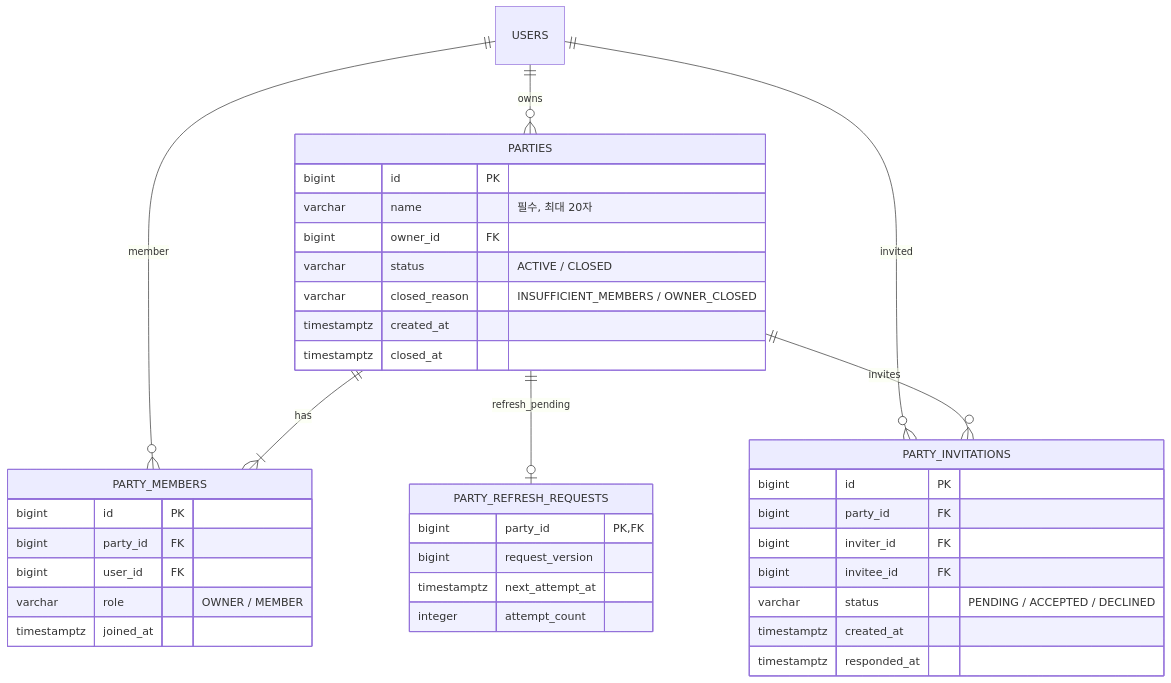
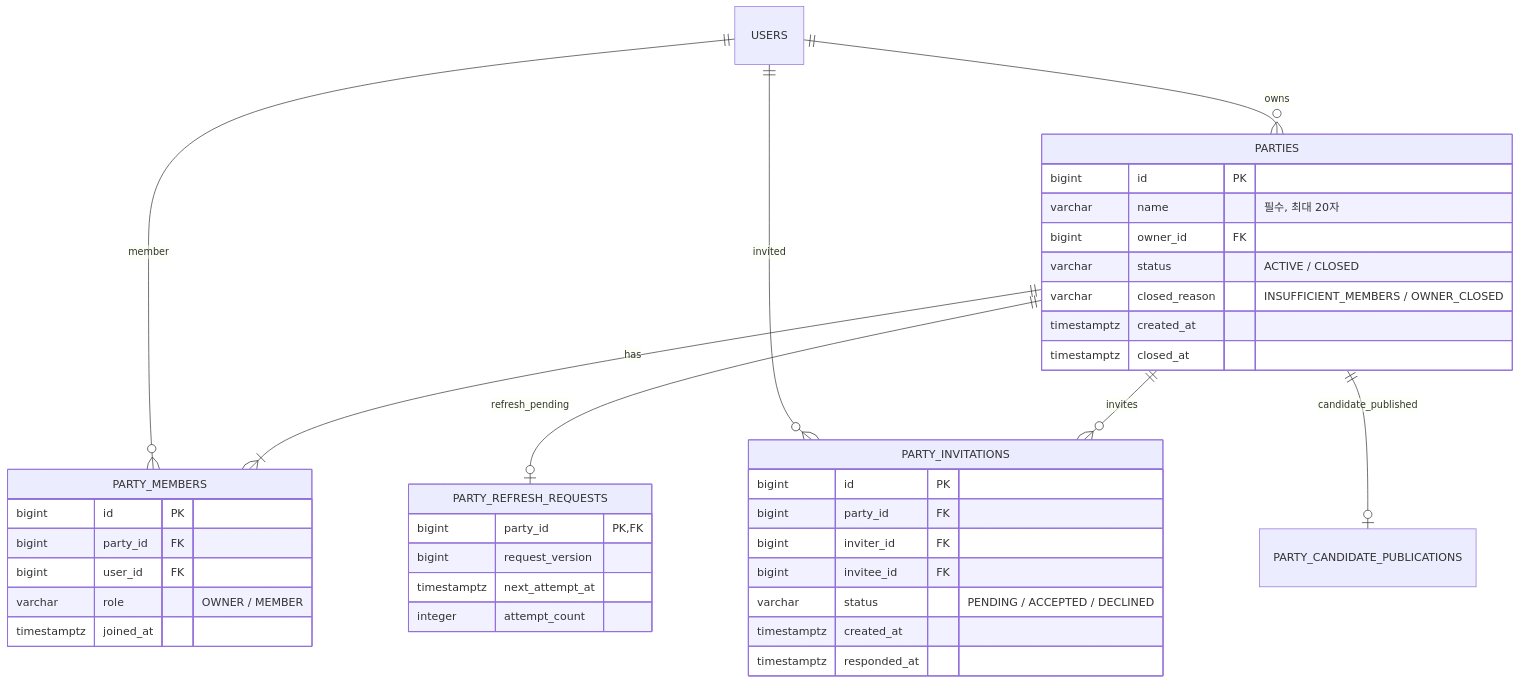
One commit to koongya-studio/feelm changed the sixth of 8 diagrams in docs/erd.md. Above: the diagram before and after it, drawn with Mermaid. The commit also changed other lines of this file and 39 other files, not shown here.

````diff
--- a/docs/erd.md
+++ b/docs/erd.md
@@ -396,41 +396,42 @@
 ```mermaid
 erDiagram
     PARTIES {
         bigint id PK
         varchar name "필수, 최대 20자"
         bigint owner_id FK
         varchar status "ACTIVE / CLOSED"
         varchar closed_reason "INSUFFICIENT_MEMBERS / OWNER_CLOSED"
         timestamptz created_at
         timestamptz closed_at
     }
     PARTY_MEMBERS {
         bigint id PK
         bigint party_id FK
         bigint user_id FK
         varchar role "OWNER / MEMBER"
         timestamptz joined_at
     }
     PARTY_INVITATIONS {
         bigint id PK
         bigint party_id FK
         bigint inviter_id FK
         bigint invitee_id FK
         varchar status "PENDING / ACCEPTED / DECLINED"
         timestamptz created_at
         timestamptz responded_at
     }
     PARTY_REFRESH_REQUESTS {
         bigint party_id PK, FK
         bigint request_version
         timestamptz next_attempt_at
         integer attempt_count
     }
 
     USERS ||--o{ PARTIES : owns
     PARTIES ||--|{ PARTY_MEMBERS : has
     USERS ||--o{ PARTY_MEMBERS : member
     PARTIES ||--o{ PARTY_INVITATIONS : invites
     PARTIES ||--o| PARTY_REFRESH_REQUESTS : refresh_pending
+    PARTIES ||--o| PARTY_CANDIDATE_PUBLICATIONS : candidate_published
     USERS ||--o{ PARTY_INVITATIONS : invited
 ```
````
